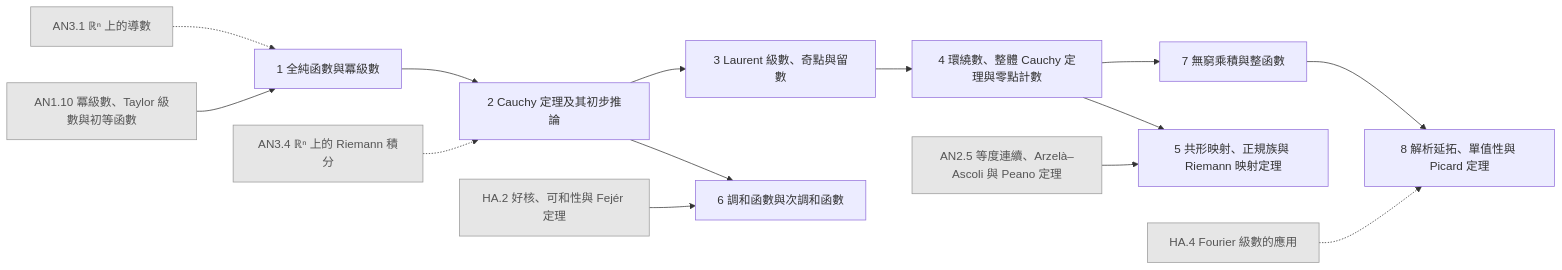
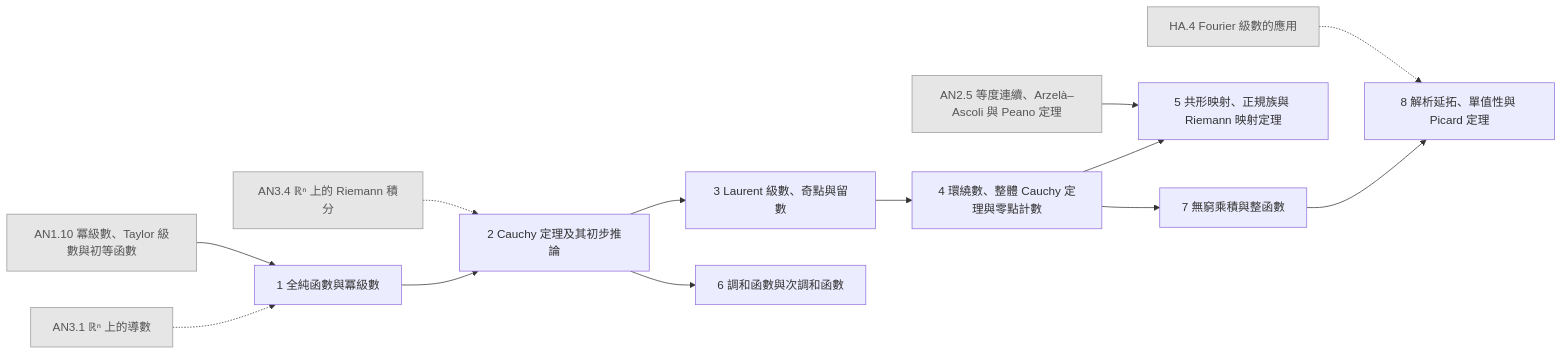
Before and after one commit to AkizumiFox/math-atlas: the diagram in generated/chapters/CA.mmd, drawn with Mermaid. The commit also changed 6 other files, not shown here.

```diff
--- a/generated/chapters/CA.mmd
+++ b/generated/chapters/CA.mmd
@@ -1,31 +1,29 @@
 flowchart LR
   AN1_10["AN1.10 冪級數、Taylor 級數與初等函數"]:::ext
   AN2_5["AN2.5 等度連續、Arzelà–Ascoli 與 Peano 定理"]:::ext
   AN3_1["AN3.1 ℝⁿ 上的導數"]:::ext
   AN3_4["AN3.4 ℝⁿ 上的 Riemann 積分"]:::ext
-  HA_2["HA.2 好核、可和性與 Fejér 定理"]:::ext
   HA_4["HA.4 Fourier 級數的應用"]:::ext
   CA_1["1 全純函數與冪級數"]
   CA_2["2 Cauchy 定理及其初步推論"]
   CA_3["3 Laurent 級數、奇點與留數"]
   CA_4["4 環繞數、整體 Cauchy 定理與零點計數"]
   CA_5["5 共形映射、正規族與 Riemann 映射定理"]
   CA_6["6 調和函數與次調和函數"]
   CA_7["7 無窮乘積與整函數"]
   CA_8["8 解析延拓、單值性與 Picard 定理"]
   AN1_10 --> CA_1
   AN3_1 -.-> CA_1
   AN3_4 -.-> CA_2
   CA_1 --> CA_2
   CA_2 --> CA_3
   CA_3 --> CA_4
   AN2_5 --> CA_5
   CA_4 --> CA_5
-  HA_2 --> CA_6
   CA_2 --> CA_6
   CA_4 --> CA_7
   HA_4 -.-> CA_8
   CA_7 --> CA_8
   classDef ext fill:#e6e6e6,stroke:#999,color:#555
   classDef opt fill:#fff,stroke:#999,stroke-dasharray:4 3,color:#555
   classDef segb fill:#f6f6fb,stroke:#99a,color:#333
```
